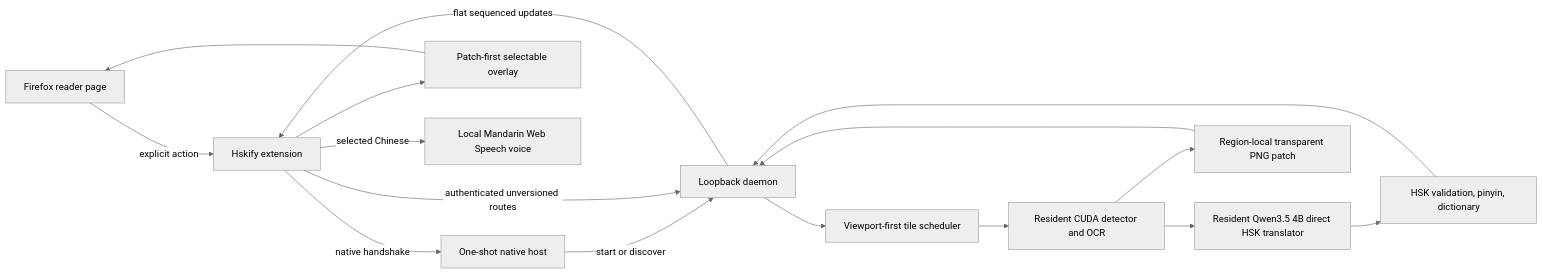
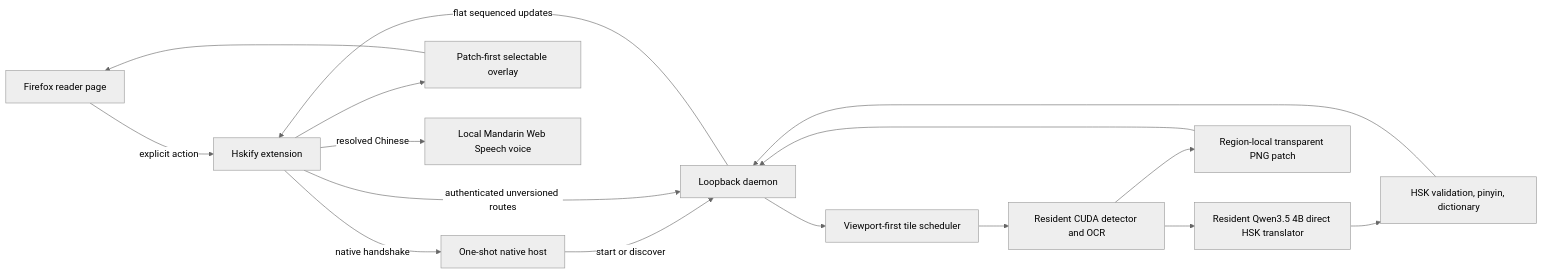
The diagram in docs/architecture.md (jzheng2017/hskify), drawn with Mermaid (neutral theme) before and after one commit. The commit also changed other lines of this file and 80 other files, not shown here.

````diff
--- a/docs/architecture.md
+++ b/docs/architecture.md
@@ -10,27 +10,27 @@
 ```mermaid
 flowchart LR
     Reader["Firefox reader page"]
     Extension["Hskify extension"]
     Host["One-shot native host"]
     Daemon["Loopback daemon"]
     Scheduler["Viewport-first tile scheduler"]
     Vision["Resident CUDA detector and OCR"]
     Translator["Resident Qwen3.5 4B direct HSK translator"]
     Control["HSK validation, pinyin, dictionary"]
     Patch["Region-local transparent PNG patch"]
     Overlay["Patch-first selectable overlay"]
     Speech["Local Mandarin Web Speech voice"]
 
     Reader -->|"explicit action"| Extension
     Extension -->|"native handshake"| Host
     Host -->|"start or discover"| Daemon
     Extension -->|"authenticated unversioned routes"| Daemon
     Daemon --> Scheduler --> Vision
     Vision --> Patch
     Vision --> Translator --> Control
     Patch --> Daemon
     Control --> Daemon
     Daemon -->|"flat sequenced updates"| Extension
     Extension --> Overlay --> Reader
-    Extension -->|"selected Chinese"| Speech
+    Extension -->|"resolved Chinese"| Speech
 ```
````
